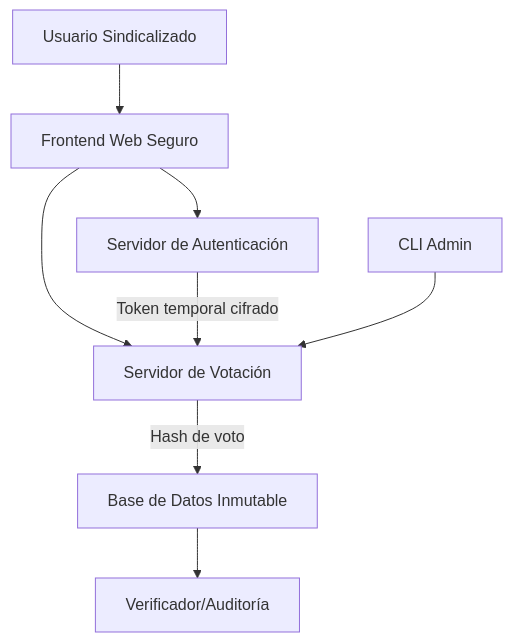
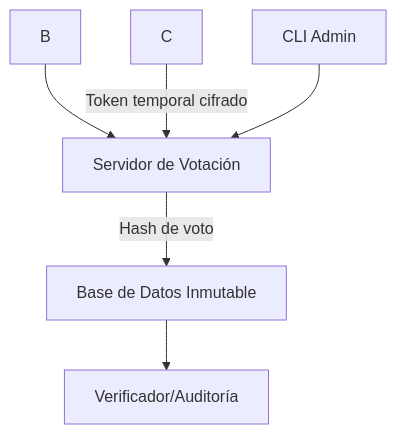
Before and after one commit to 0xleonz/collectiveVote: the diagram in README.md, drawn with Mermaid. The commit also changed 1 other file, not shown here.

Commit message:
update uv config + bypass front

````diff
--- a/README.md
+++ b/README.md
@@ -15,10 +15,8 @@
 ```mermaid
 graph TD
-    A[Usuario Sindicalizado] --> B[Frontend Web Seguro]
-    B --> C[Servidor de Autenticación]
     B --> D[Servidor de Votación]
     C -->|Token temporal cifrado| D
     D -->|Hash de voto| E[Base de Datos Inmutable]
     E --> F[Verificador/Auditoría]
     G[CLI Admin] --> D
 ```
````
